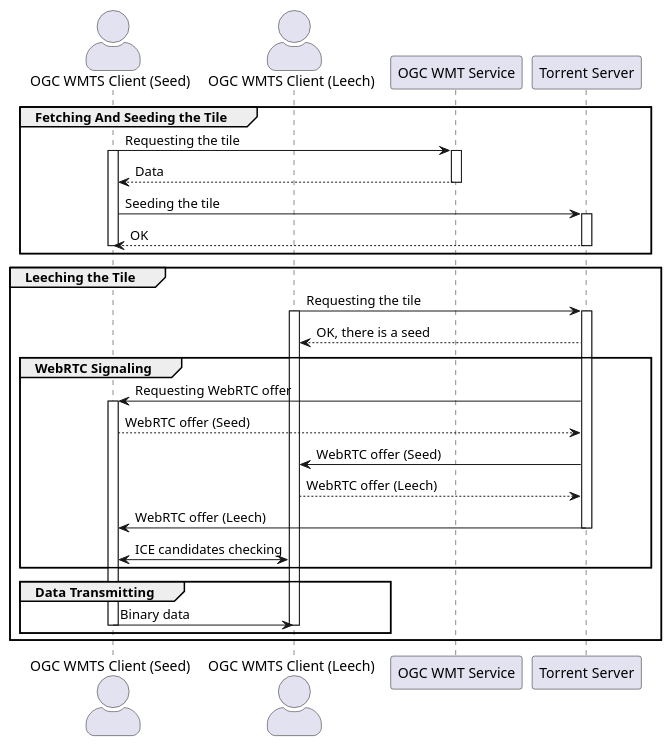
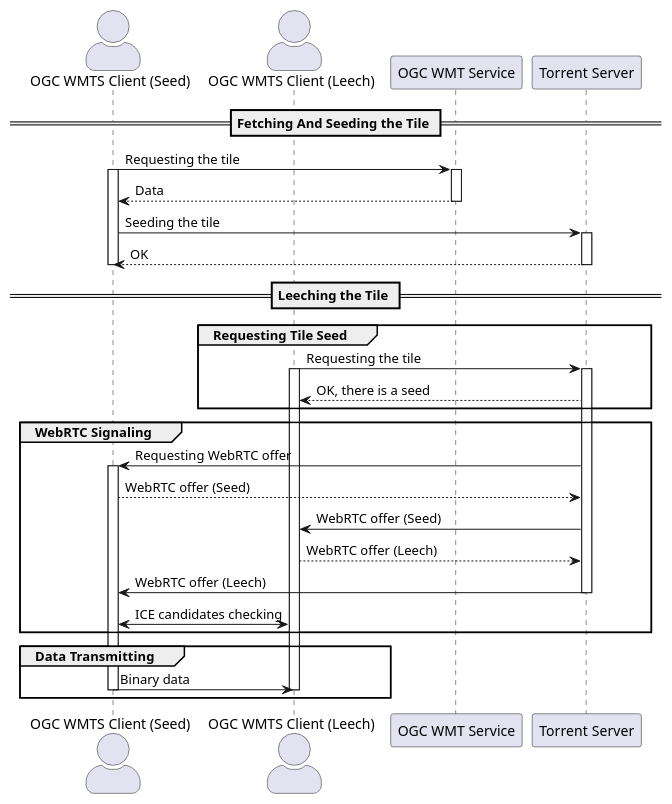
One commit to ViktorKugay/hse-master-thesis changed the diagram in src/diagram_1.puml. Above: the diagram before and after it, drawn with PlantUML.

```diff
--- a/src/diagram_1.puml
+++ b/src/diagram_1.puml
@@ -1,56 +1,56 @@
 @startuml
 
 ' skinparam maxMessageSize 150
 skinparam actorStyle awesome
 
 actor OGCWMTSClientSeed as "OGC WMTS Client (Seed)"
 actor OGCWMTSClientLeech as "OGC WMTS Client (Leech)"
 participant OGCWMTServer as "OGC WMT Service"
 participant TorrentServer as "Torrent Server"
 
-group Fetching And Seeding the Tile
+== Fetching And Seeding the Tile ==
 
 OGCWMTSClientSeed -> OGCWMTServer : Requesting the tile
 activate OGCWMTSClientSeed
 activate OGCWMTServer
 OGCWMTServer --> OGCWMTSClientSeed : Data
 deactivate OGCWMTServer
 OGCWMTSClientSeed -> TorrentServer : Seeding the tile
 activate TorrentServer
 TorrentServer --> OGCWMTSClientSeed : OK
 deactivate TorrentServer
 deactivate OGCWMTSClientSeed
 
-end
+== Leeching the Tile ==
 
-group Leeching the Tile 
+group Requesting Tile Seed
 
 OGCWMTSClientLeech -> TorrentServer : Requesting the tile
 activate TorrentServer
 activate OGCWMTSClientLeech
 TorrentServer --> OGCWMTSClientLeech : OK, there is a seed
+
+end
 
 group WebRTC Signaling
 
 TorrentServer -> OGCWMTSClientSeed : Requesting WebRTC offer
 activate OGCWMTSClientSeed
 OGCWMTSClientSeed --> TorrentServer : WebRTC offer (Seed)
 TorrentServer -> OGCWMTSClientLeech : WebRTC offer (Seed)
 OGCWMTSClientLeech --> TorrentServer : WebRTC offer (Leech)
 TorrentServer ->  OGCWMTSClientSeed : WebRTC offer (Leech)
 deactivate TorrentServer
 OGCWMTSClientLeech <-> OGCWMTSClientSeed : ICE candidates checking
 
 end
 
 group Data Transmitting
 
 OGCWMTSClientSeed -> OGCWMTSClientLeech : Binary data
 deactivate OGCWMTSClientLeech
 deactivate OGCWMTSClientSeed
 
 end
 
-end
-
 @enduml
```
